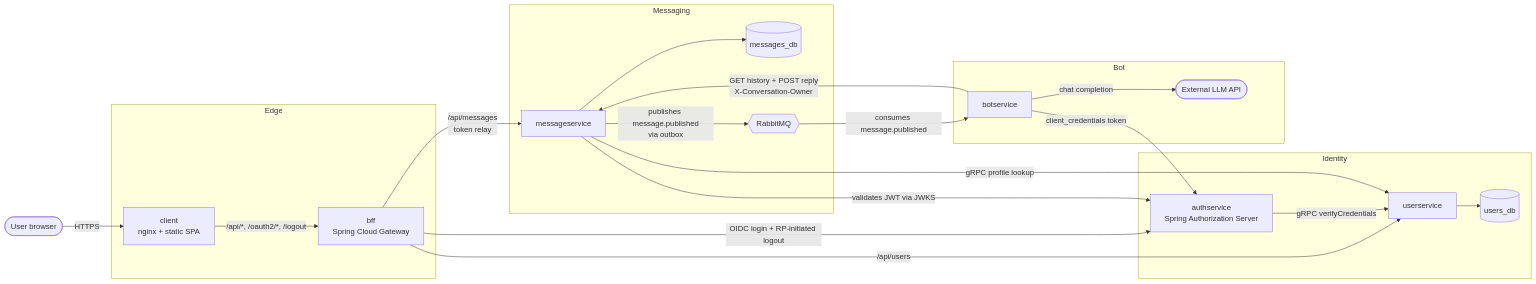
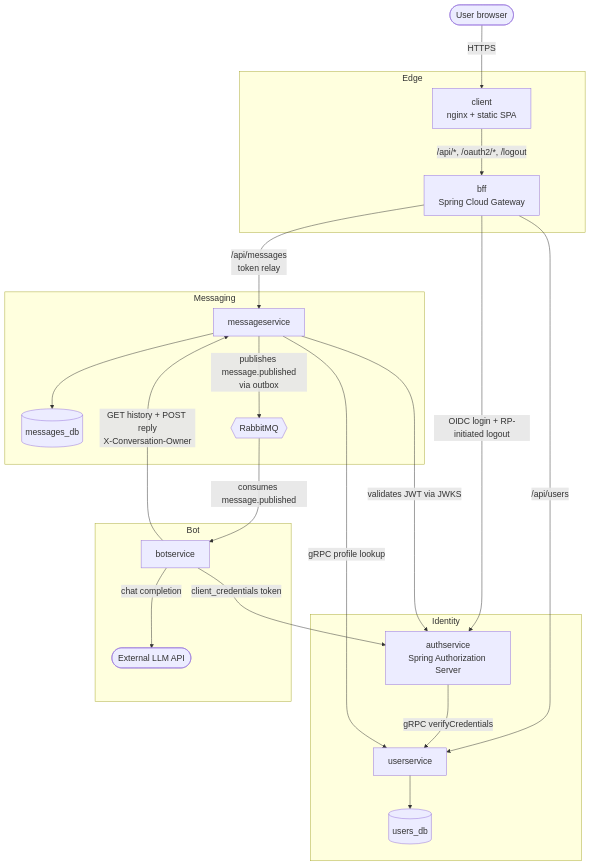
The diagram in README.md (mattknatt/triasent), drawn with Mermaid before and after one commit. The commit also changed other lines of this file, not shown here.

````diff
--- a/README.md
+++ b/README.md
@@ -37,46 +30,47 @@
 ```mermaid
-flowchart LR
+%%{init: {'flowchart': {'nodeSpacing': 50, 'rankSpacing': 70, 'curve': 'basis'}, 'themeVariables': {'fontSize': '18px'}}}%%
+flowchart TB
     user([User browser])
 
     subgraph edge[Edge]
         client[client<br/>nginx + static SPA]
         bff[bff<br/>Spring Cloud Gateway]
     end
 
     subgraph identity[Identity]
         authservice[authservice<br/>Spring Authorization Server]
         userservice[userservice]
         usersdb[(users_db)]
     end
 
     subgraph messaging[Messaging]
         messageservice[messageservice]
         messagesdb[(messages_db)]
         rabbitmq{{RabbitMQ}}
     end
 
     subgraph bot[Bot]
         botservice[botservice]
         llm([External LLM API])
     end
 
     user -->|HTTPS| client
     client -->|/api/*, /oauth2/*, /logout| bff
 
     bff -->|/api/users| userservice
     bff -->|/api/messages<br/>token relay| messageservice
     bff -->|OIDC login + RP-initiated logout| authservice
 
     authservice -->|gRPC verifyCredentials| userservice
     userservice --> usersdb
 
     messageservice --> messagesdb
     messageservice -->|publishes message.published<br/>via outbox| rabbitmq
     messageservice -->|gRPC profile lookup| userservice
     messageservice -->|validates JWT via JWKS| authservice
 
     rabbitmq -->|consumes message.published| botservice
     botservice -->|client_credentials token| authservice
     botservice -->|GET history + POST reply<br/>X-Conversation-Owner| messageservice
     botservice -->|chat completion| llm
 ```
````
